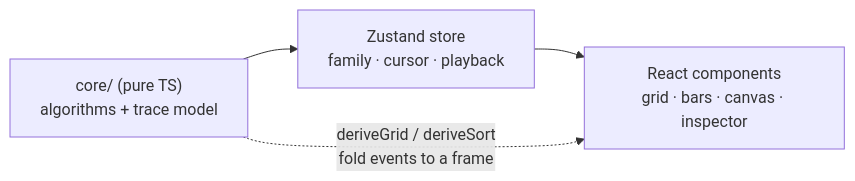
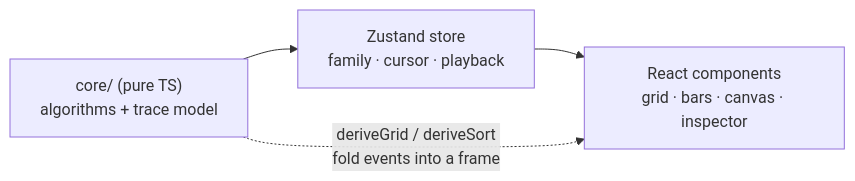
The diagram in README.md (Mahan-Imanian/ML-Algorithm-Visualizer), drawn with Mermaid before and after one commit. The commit also changed other lines of this file, not shown here.

````diff
--- a/README.md
+++ b/README.md
@@ -69,6 +74,6 @@
 ```mermaid
 flowchart LR
   Core["core/ (pure TS)<br/>algorithms + trace model"] --> Store["Zustand store<br/>family · cursor · playback"]
   Store --> UI["React components<br/>grid · bars · canvas · inspector"]
-  Core -. "deriveGrid / deriveSort<br/>fold events to a frame" .-> UI
+  Core -. "deriveGrid / deriveSort<br/>fold events into a frame" .-> UI
 ```
````
